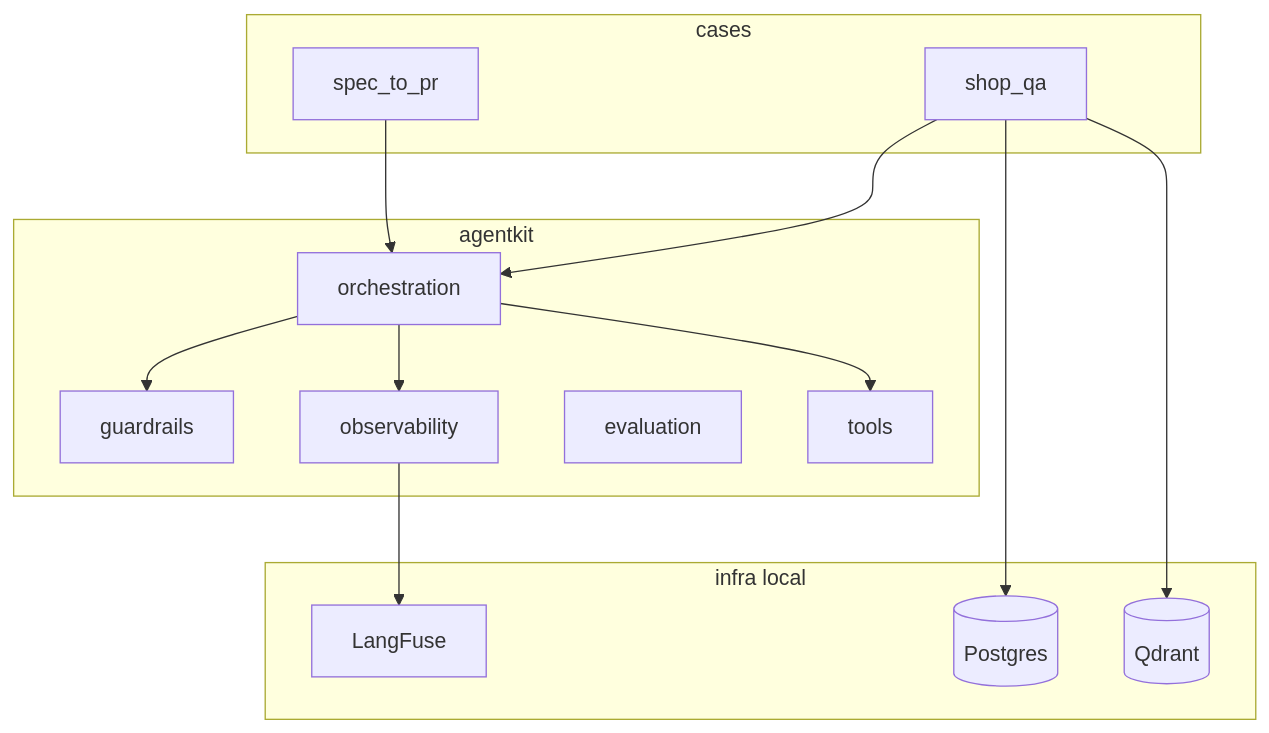
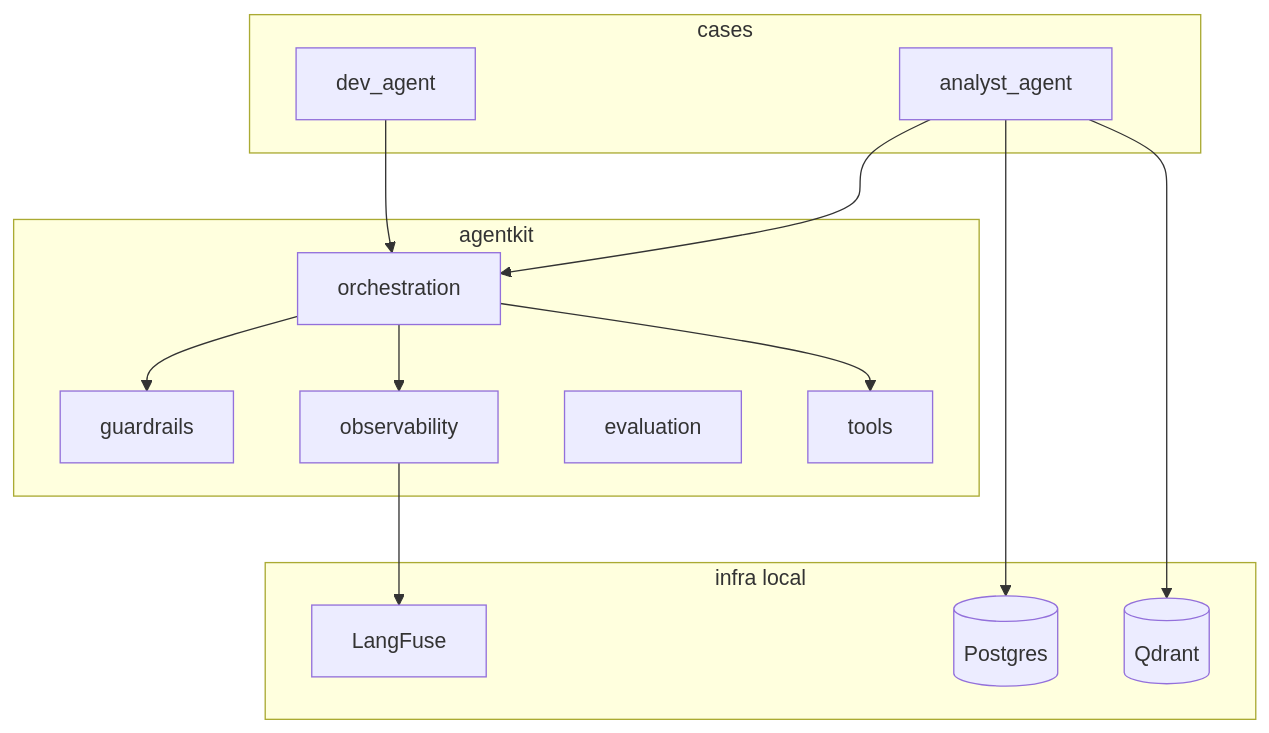
One commit to ToniJansen/framework_multiagentes changed the second of 4 diagrams in docs/architecture.md. Above: the diagram before and after it, drawn with Mermaid. The commit also changed other lines of this file and 22 other files, not shown here.

First line of the commit message:
rename cases: spec_to_pr → dev_agent, shop_qa → analyst_agent

````diff
--- a/docs/architecture.md
+++ b/docs/architecture.md
@@ -31,30 +31,30 @@
 ```mermaid
 flowchart TB
     subgraph FRAMEWORK["agentkit"]
         ORCH["orchestration"]
         GR["guardrails"]
         OBS["observability"]
         EVAL["evaluation"]
         TOOLS["tools"]
     end
 
     subgraph CASES["cases"]
-        C1["spec_to_pr"]
-        C2["shop_qa"]
+        C1["dev_agent"]
+        C2["analyst_agent"]
     end
 
     subgraph INFRA["infra local"]
         PG[("Postgres")]
         QD[("Qdrant")]
         LF["LangFuse"]
     end
 
     C1 --> ORCH
     C2 --> ORCH
     ORCH --> GR
     ORCH --> OBS
     ORCH --> TOOLS
     C2 --> PG
     C2 --> QD
     OBS --> LF
 ```
````
